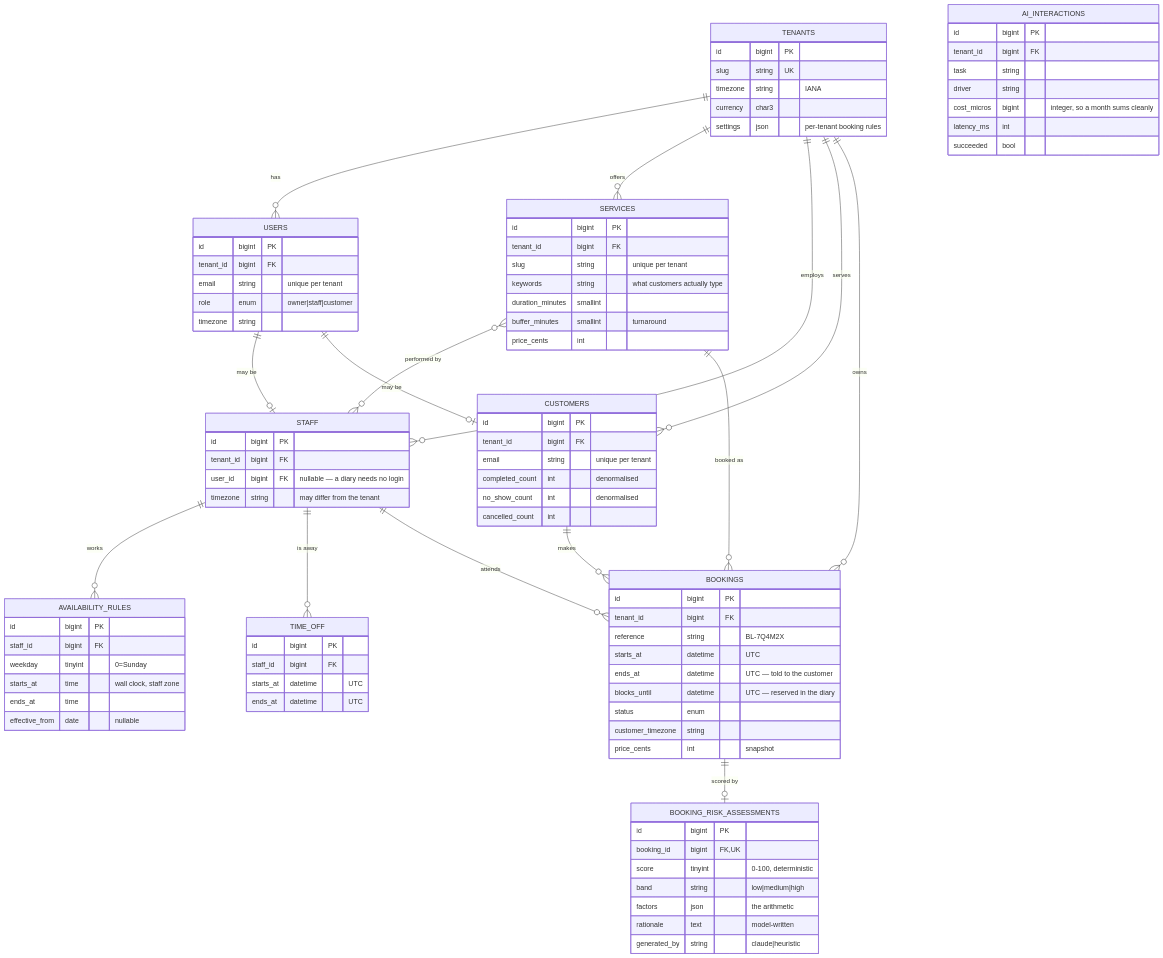
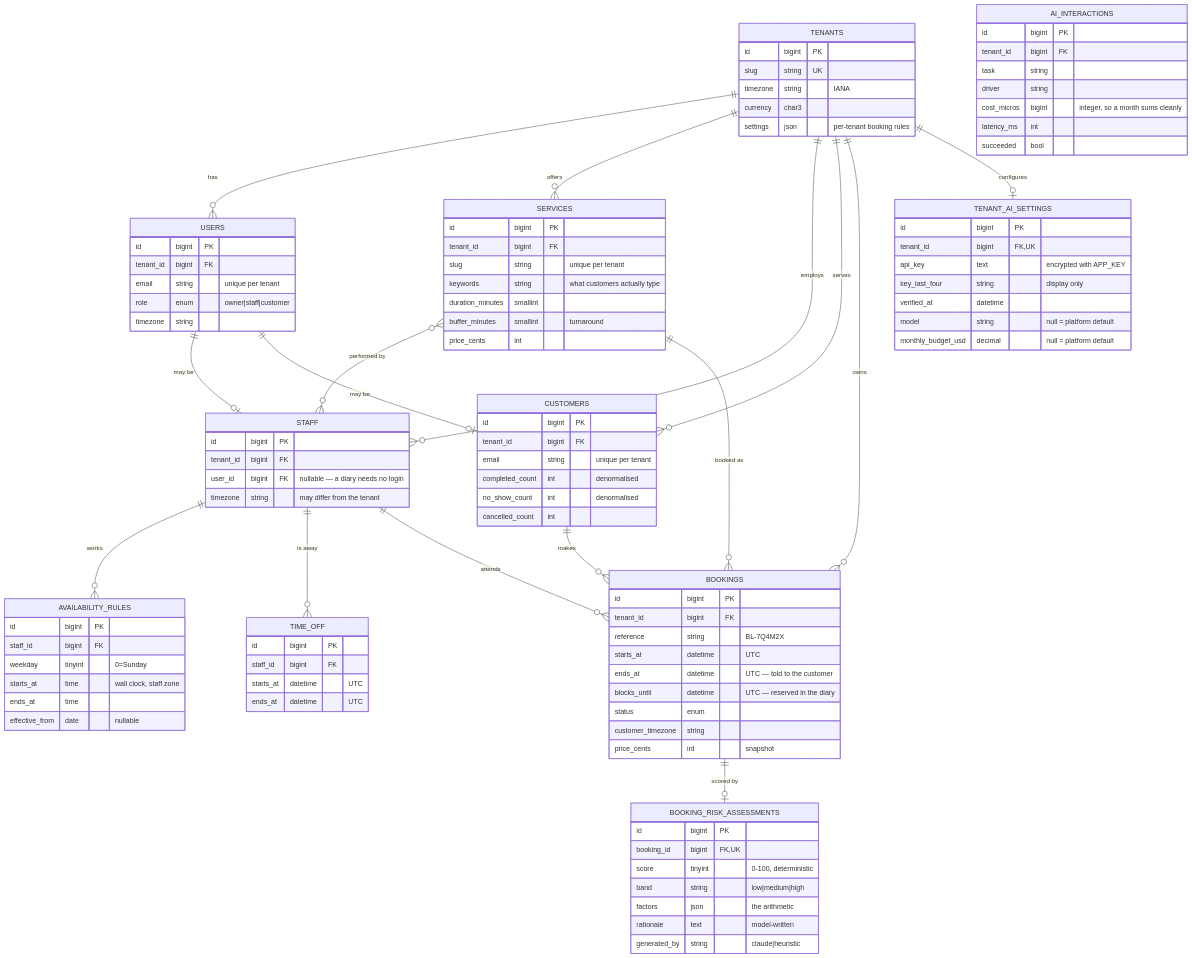
One commit to Khokon-Chandra/slotflow changed the diagram in docs/DATABASE.md. Above: the diagram before and after it, drawn with Mermaid. The commit also changed other lines of this file and 7 other files, not shown here.

```diff
--- a/docs/DATABASE.md
+++ b/docs/DATABASE.md
@@ -13,6 +13,7 @@
     TENANTS ||--o{ STAFF : "employs"
     TENANTS ||--o{ CUSTOMERS : "serves"
     TENANTS ||--o{ BOOKINGS : "owns"
+    TENANTS ||--o| TENANT_AI_SETTINGS : "configures"
 
     USERS ||--o| STAFF : "may be"
     USERS ||--o| CUSTOMERS : "may be"
@@ -99,6 +100,15 @@
         rationale text "model-written"
         generated_by string "claude|heuristic"
     }
+    TENANT_AI_SETTINGS {
+        id bigint PK
+        tenant_id bigint FK,UK
+        api_key text "encrypted with APP_KEY"
+        key_last_four string "display only"
+        verified_at datetime
+        model string "null = platform default"
+        monthly_budget_usd decimal "null = platform default"
+    }
     AI_INTERACTIONS {
         id bigint PK
         tenant_id bigint FK
```
